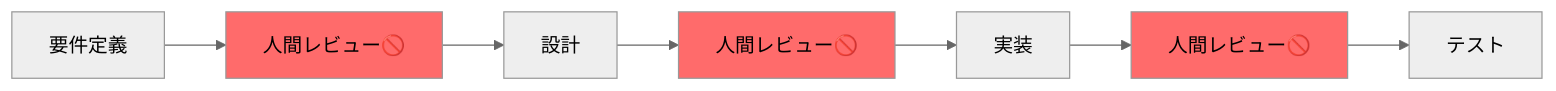
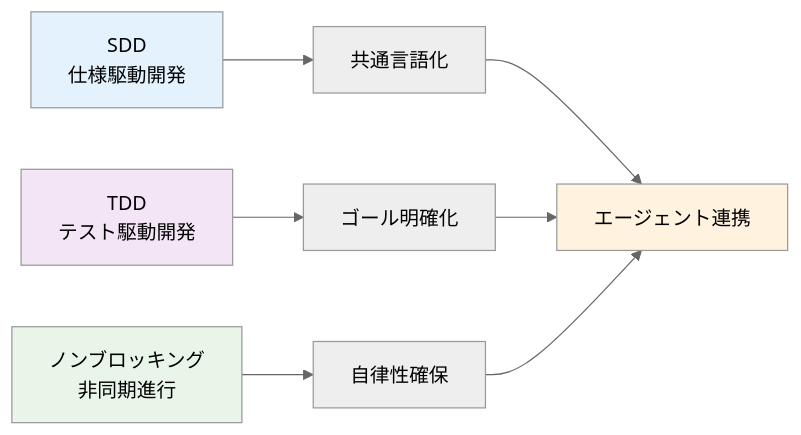
One commit to s977043/my-blog changed the first of 2 diagrams in articles/sdd-tdd-nonblocking-agent.md. Above: the diagram before and after it, drawn with Mermaid (neutral theme). The commit also changed other lines of this file, not shown here.

````diff
--- a/articles/sdd-tdd-nonblocking-agent.md
+++ b/articles/sdd-tdd-nonblocking-agent.md
@@ -63,13 +81,15 @@
 ```mermaid
 graph LR
-    A[要件定義] --> B[人間レビュー🚫]
-    B --> C[設計]
-    C --> D[人間レビュー🚫]
-    D --> E[実装]
-    E --> F[人間レビュー🚫]
-    F --> G[テスト]
-    
-    style B fill:#ff6b6b
-    style D fill:#ff6b6b
-    style F fill:#ff6b6b
+    A[SDD<br/>仕様駆動開発] --> B[共通言語化]
+    C[TDD<br/>テスト駆動開発] --> D[ゴール明確化]
+    E[ノンブロッキング<br/>非同期進行] --> F[自律性確保]
+
+    B --> G[エージェント連携]
+    D --> G
+    F --> G
+
+    style A fill:#e3f2fd
+    style C fill:#f3e5f5
+    style E fill:#e8f5e8
+    style G fill:#fff3e0
 ```
````
